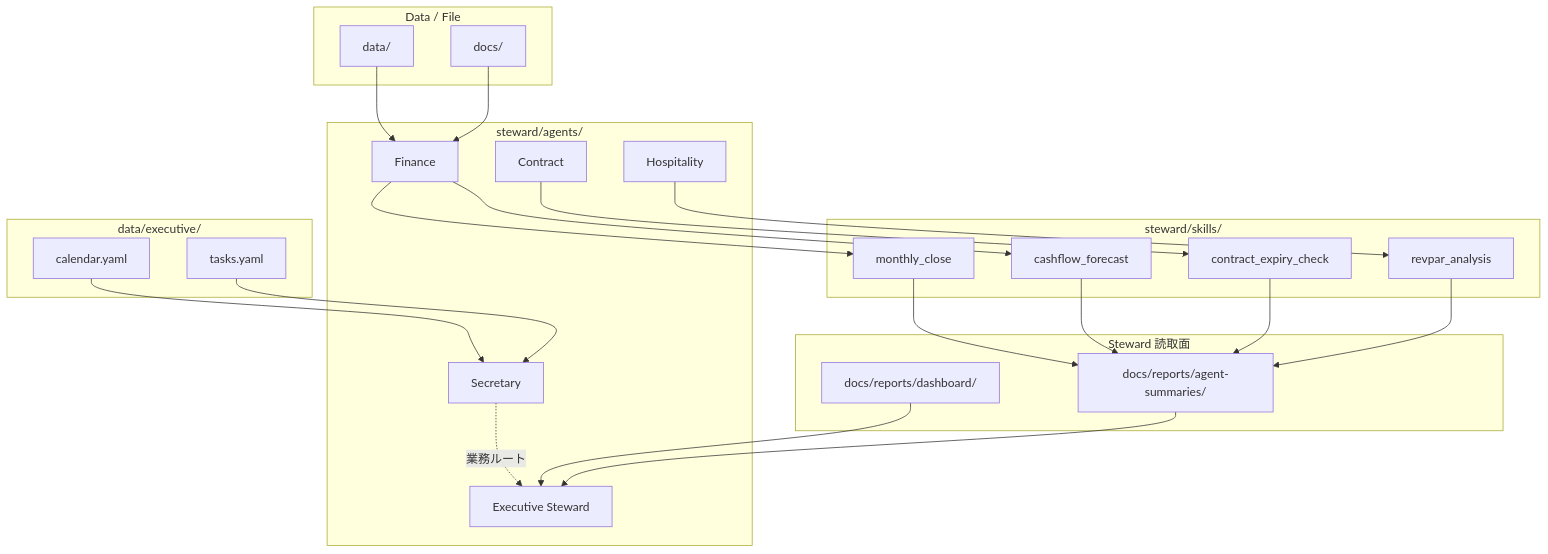
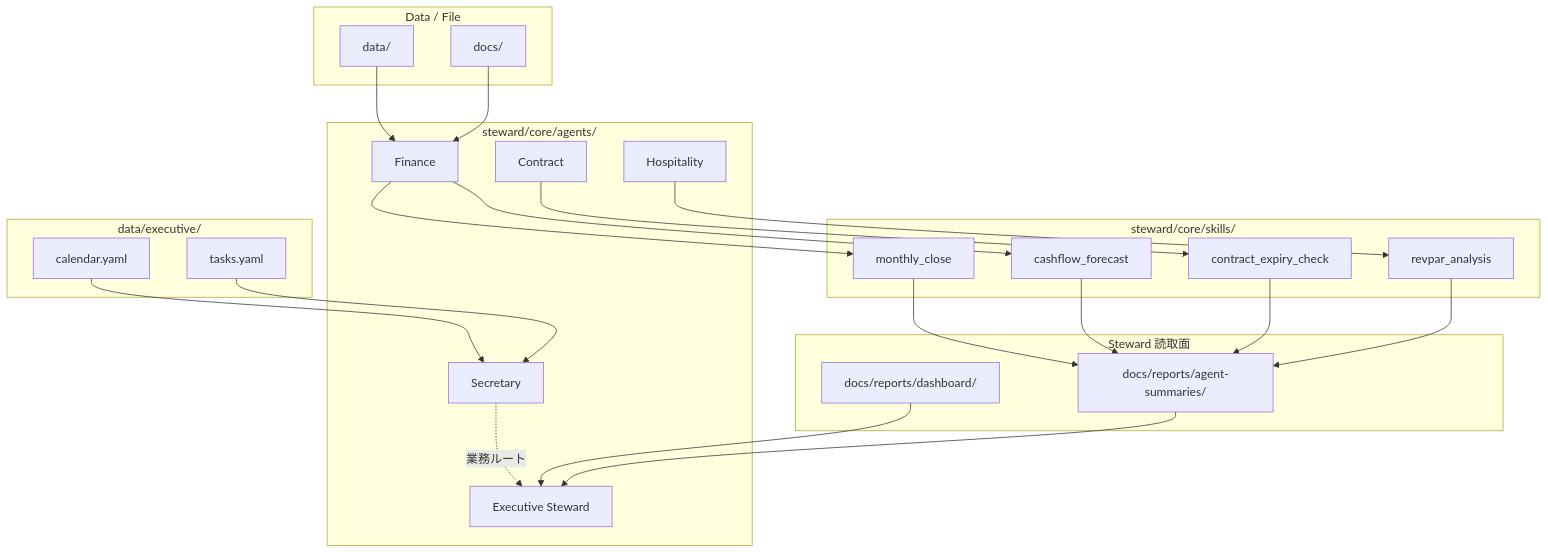
One commit to taketani-masatoshi/OpenOrgOS changed the diagram in steward/rules/agent_skill_architecture.md. Above: the diagram before and after it, drawn with Mermaid. The commit also changed other lines of this file and 1141 other files, not shown here.

````diff
--- a/steward/rules/agent_skill_architecture.md
+++ b/steward/rules/agent_skill_architecture.md
@@ -9,48 +9,48 @@
 ```mermaid
 flowchart TB
   subgraph Data["Data / File"]
     YAML[data/]
     DOCS[docs/]
   end
 
-  subgraph Skills["steward/skills/"]
+  subgraph Skills["steward/core/skills/"]
     S1[monthly_close]
     S2[cashflow_forecast]
     S3[contract_expiry_check]
     S4[revpar_analysis]
   end
 
-  subgraph Agents["steward/agents/"]
+  subgraph Agents["steward/core/agents/"]
     FIN[Finance]
     CON[Contract]
     HOS[Hospitality]
     EXE[Executive Steward]
     SEC[Secretary]
   end
 
   subgraph ExecutiveData["data/executive/"]
     CAL[calendar.yaml]
     TASK[tasks.yaml]
   end
 
   subgraph StewardRead["Steward 読取面"]
     DASH[docs/reports/dashboard/]
     SUM[docs/reports/agent-summaries/]
   end
 
   YAML --> FIN
   DOCS --> FIN
   FIN --> S1
   FIN --> S2
   S1 --> SUM
   S2 --> SUM
   CON --> S3
   S3 --> SUM
   HOS --> S4
   S4 --> SUM
   SUM --> EXE
   DASH --> EXE
   CAL --> SEC
   TASK --> SEC
   SEC -.->|業務ルート| EXE
 ```
````
